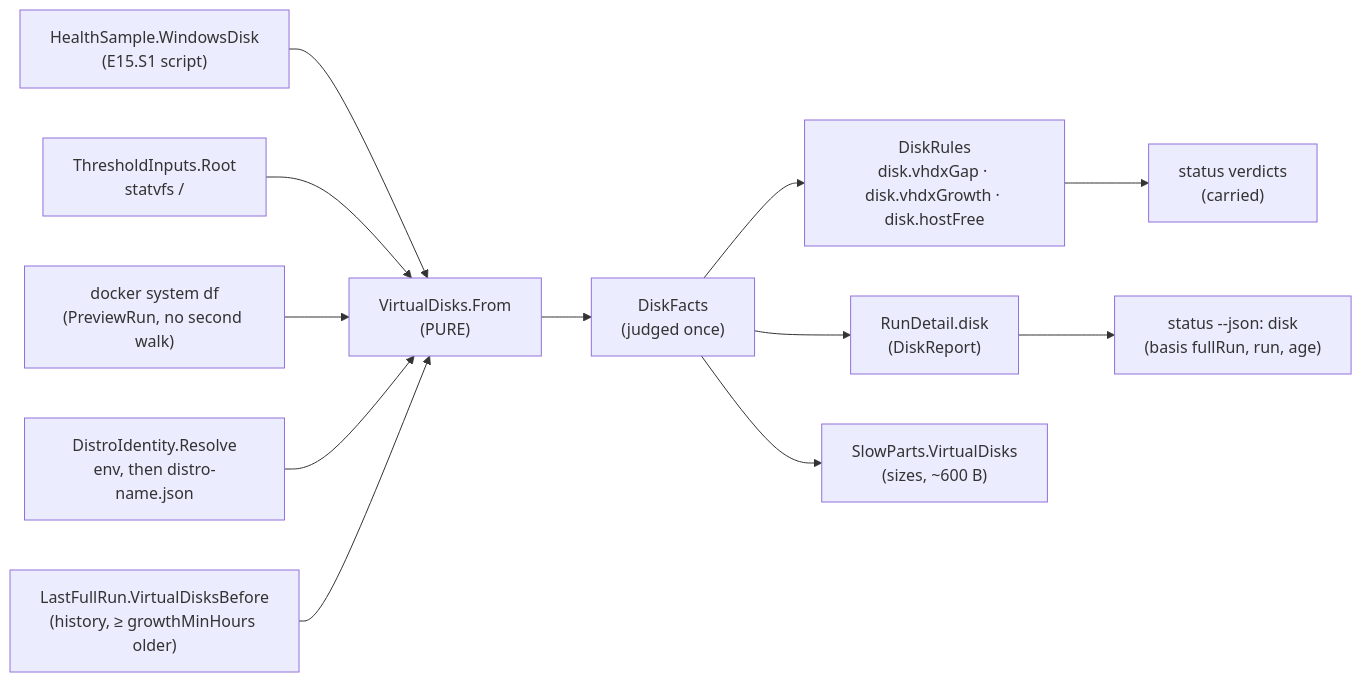
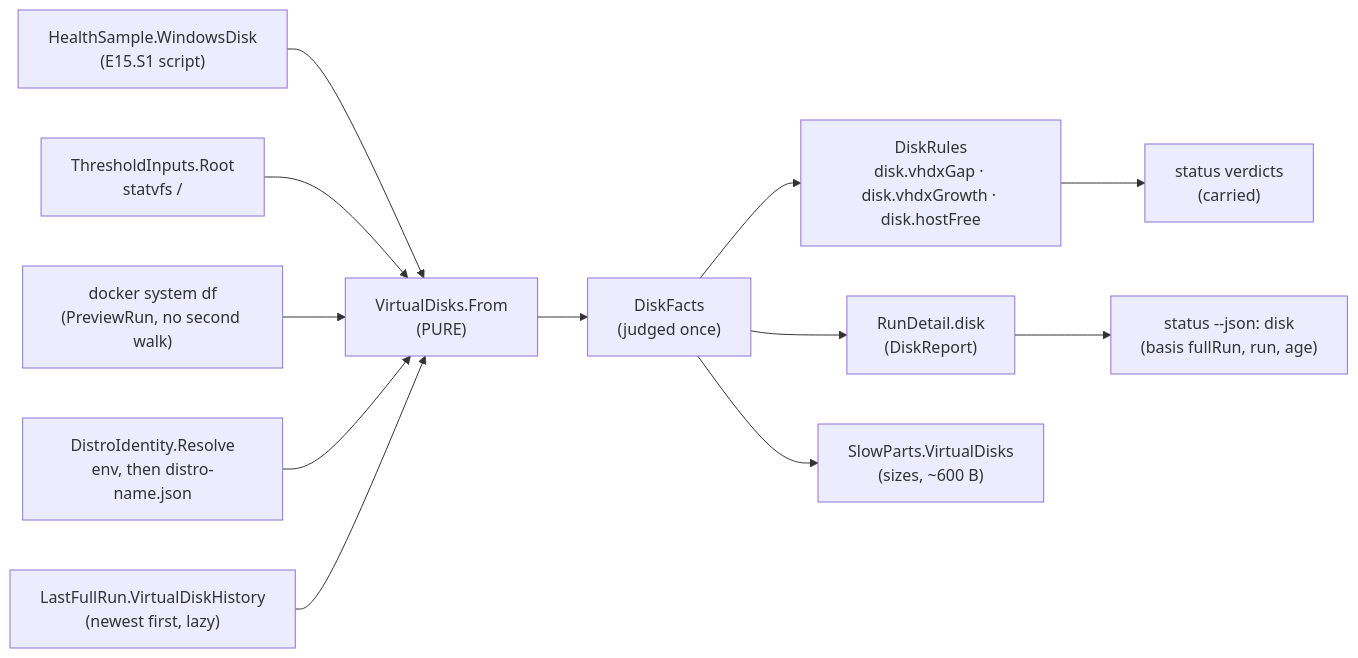
One commit to oleksandrdubyna88/wsl_care changed the sixth of 6 diagrams in research/module_daemon.md. Above: the diagram before and after it, drawn with Mermaid. The commit also changed other lines of this file and 7 other files, not shown here.

````diff
--- a/research/module_daemon.md
+++ b/research/module_daemon.md
@@ -303,14 +303,14 @@
 ```mermaid
 flowchart LR
     sample["HealthSample.WindowsDisk<br/>(E15.S1 script)"] --> vd["VirtualDisks.From<br/>(PURE)"]
     root["ThresholdInputs.Root<br/>statvfs /"] --> vd
     df["docker system df<br/>(PreviewRun, no second walk)"] --> vd
     name["DistroIdentity.Resolve<br/>env, then distro-name.json"] --> vd
-    prev["LastFullRun.VirtualDisksBefore<br/>(history, ≥ growthMinHours older)"] --> vd
+    prev["LastFullRun.VirtualDiskHistory<br/>(newest first, lazy)"] --> vd
     vd --> facts["DiskFacts<br/>(judged once)"]
     facts --> rules["DiskRules<br/>disk.vhdxGap · disk.vhdxGrowth · disk.hostFree"]
     facts --> report["RunDetail.disk<br/>(DiskReport)"]
     facts --> slow["SlowParts.VirtualDisks<br/>(sizes, ~600 B)"]
     report --> status["status --json: disk<br/>(basis fullRun, run, age)"]
     rules --> verdicts["status verdicts<br/>(carried)"]
 ```
````
